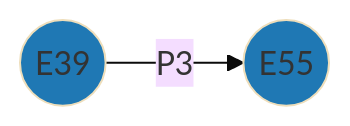
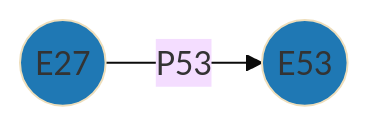
The first of 2 diagrams in test-projects/README.md (achp-project/cultural-heritage), drawn with Mermaid (base theme) before and after one commit. The commit also changed other lines of this file and 4 other files, not shown here.

Commit message:
common graph parser

````diff
--- a/test-projects/README.md
+++ b/test-projects/README.md
@@ -20,5 +23,5 @@
 ```mermaid
 flowchart LR
-    A((E39)):::pydef --P3--> B((E55)):::pydef;
+    A((E27)):::pydef --P53--> B((E53)):::pydef;
 	classDef pydef fill:#1f78b4;
 ```
````
